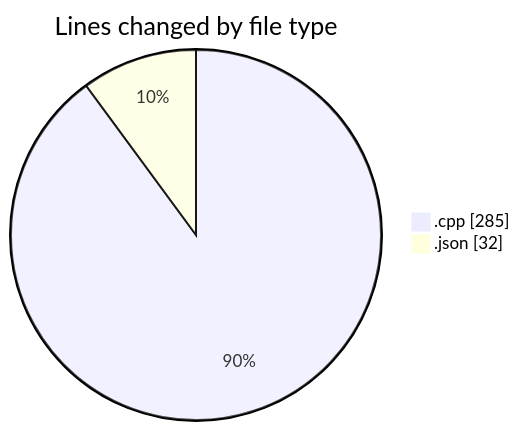
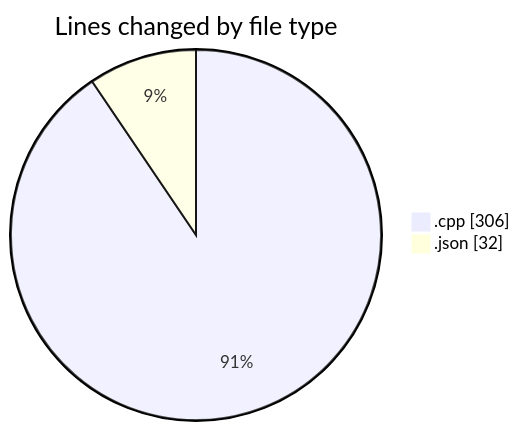
One commit to Netris89/code-tracking changed the first of 2 diagrams in 2025-04-23/echo/README.md. Above: the diagram before and after it, drawn with Mermaid. The commit also changed other lines of this file and 1 other file, not shown here.

````diff
--- a/2025-04-23/echo/README.md
+++ b/2025-04-23/echo/README.md
@@ -21,6 +21,6 @@
 ```mermaid
 pie showData
 title Lines changed by file type
-".cpp" : 285
+".cpp" : 306
 ".json" : 32
 ```
````
